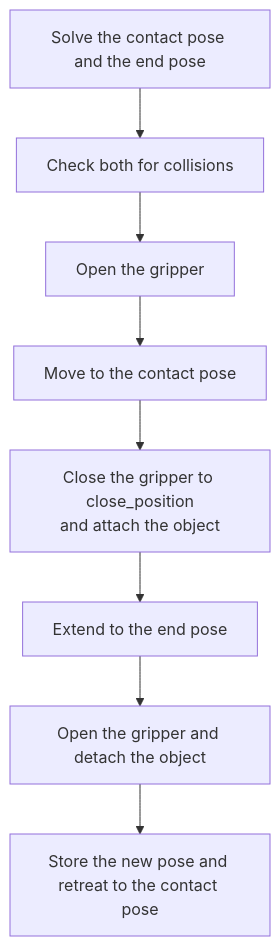
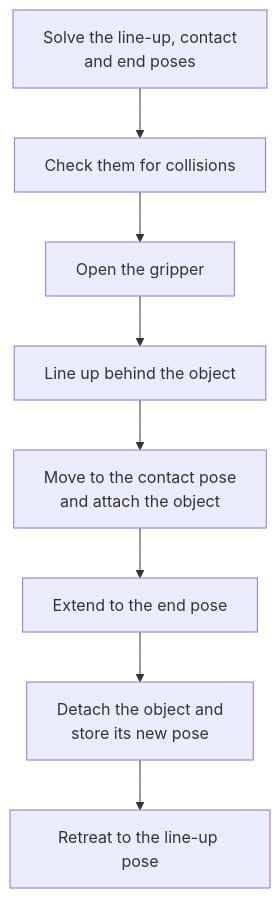
Before and after one commit to Jeremy-Allan/ROS2-middleware: the first of 2 diagrams in docs/technical/motion-and-actions/push.md, drawn with Mermaid. The commit also changed other lines of this file and 10 other files, not shown here.

````diff
--- a/docs/technical/motion-and-actions/push.md
+++ b/docs/technical/motion-and-actions/push.md
@@ -17,10 +17,10 @@
 ```mermaid
 flowchart TD
-    a["Solve the contact pose and the end pose"] --> b["Check both for collisions"]
+    a["Solve the line-up, contact<br/>and end poses"] --> b["Check them for collisions"]
     b --> c["Open the gripper"]
-    c --> d["Move to the contact pose"]
-    d --> e["Close the gripper to close_position<br/>and attach the object"]
+    c --> d["Line up behind the object"]
+    d --> e["Move to the contact pose<br/>and attach the object"]
     e --> f["Extend to the end pose"]
-    f --> g["Open the gripper and detach the object"]
-    g --> h["Store the new pose and retreat to the contact pose"]
+    f --> g["Detach the object and<br/>store its new pose"]
+    g --> h["Retreat to the line-up pose"]
 ```
````
